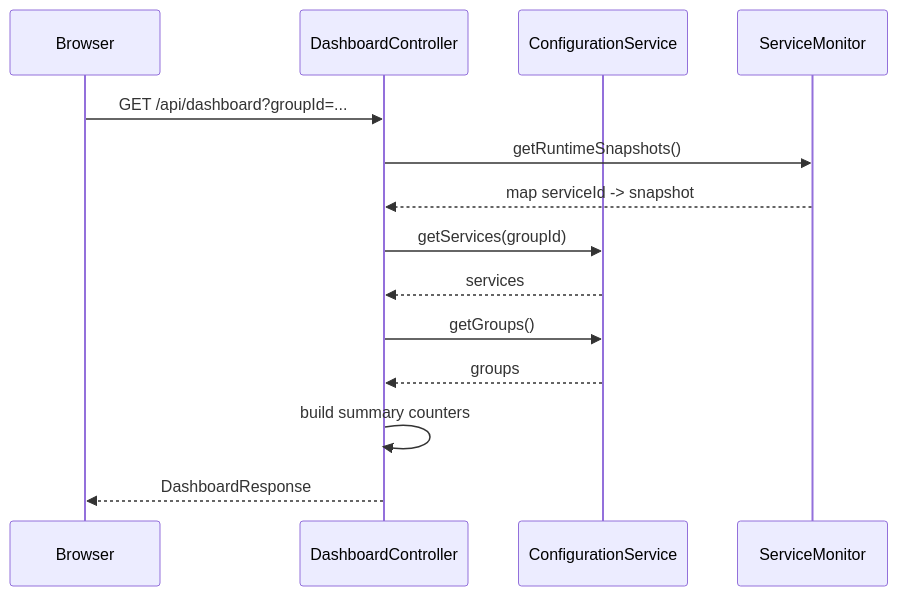
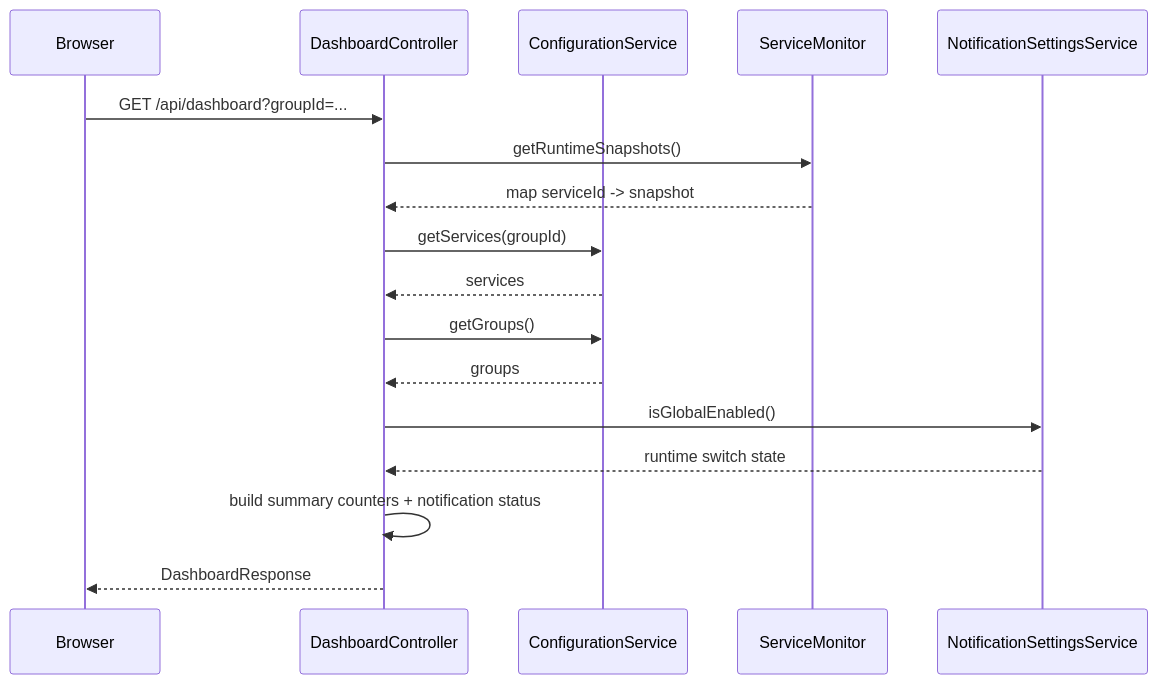
One commit to Keos99/host-guardian changed the fourth of 5 diagrams in ARCHITECTURE_DESCRIPTION_RU.md. Above: the diagram before and after it, drawn with Mermaid. The commit also changed other lines of this file and 9 other files, not shown here.

````diff
--- a/ARCHITECTURE_DESCRIPTION_RU.md
+++ b/ARCHITECTURE_DESCRIPTION_RU.md
@@ -265,17 +339,20 @@
 ```mermaid
 sequenceDiagram
     participant B as Browser
     participant D as DashboardController
     participant C as ConfigurationService
     participant M as ServiceMonitor
+    participant NS as NotificationSettingsService
 
     B->>D: GET /api/dashboard?groupId=...
     D->>M: getRuntimeSnapshots()
     M-->>D: map serviceId -> snapshot
     D->>C: getServices(groupId)
     C-->>D: services
     D->>C: getGroups()
     C-->>D: groups
-    D->>D: build summary counters
+    D->>NS: isGlobalEnabled()
+    NS-->>D: runtime switch state
+    D->>D: build summary counters + notification status
     D-->>B: DashboardResponse
 ```
````
